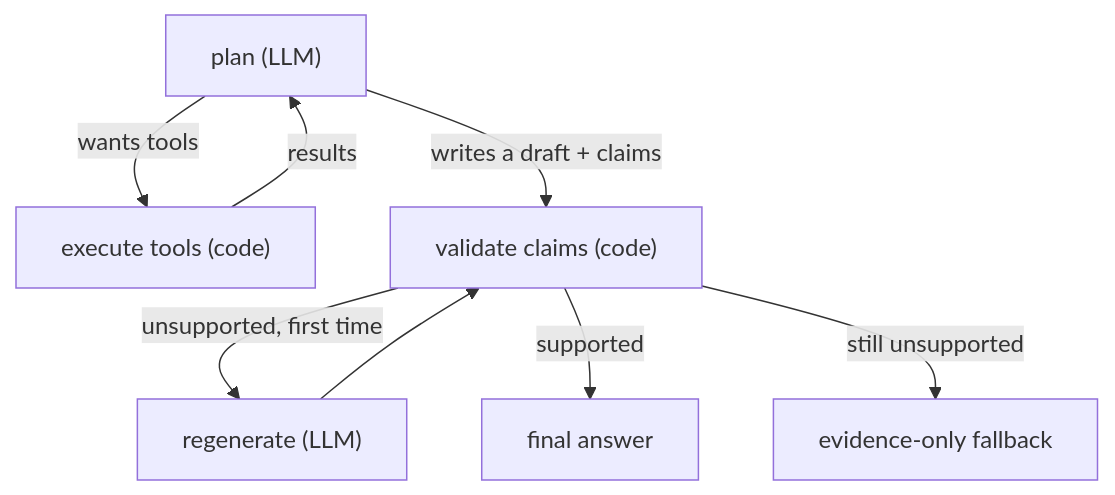
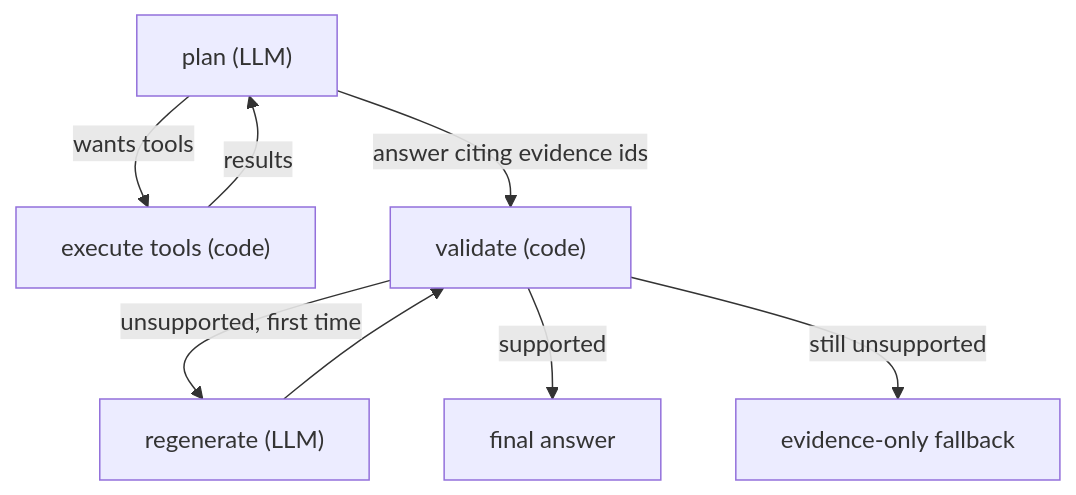
The third of 3 diagrams in docs/HOW_IT_WORKS.md (shaaz1000/pid-graph-agent), drawn with Mermaid before and after one commit. The commit also changed other lines of this file and 13 other files, not shown here.

````diff
--- a/docs/HOW_IT_WORKS.md
+++ b/docs/HOW_IT_WORKS.md
@@ -313,10 +315,10 @@
 ```mermaid
 flowchart TD
     P["plan (LLM)"] -->|"wants tools"| E["execute tools (code)"]
     E -->|"results"| P
-    P -->|"writes a draft + claims"| V["validate claims (code)"]
+    P -->|"answer citing evidence ids"| V["validate (code)"]
     V -->|"unsupported, first time"| R["regenerate (LLM)"]
     R --> V
     V -->|"supported"| F["final answer"]
     V -->|"still unsupported"| B["evidence-only fallback"]
 ```
````
